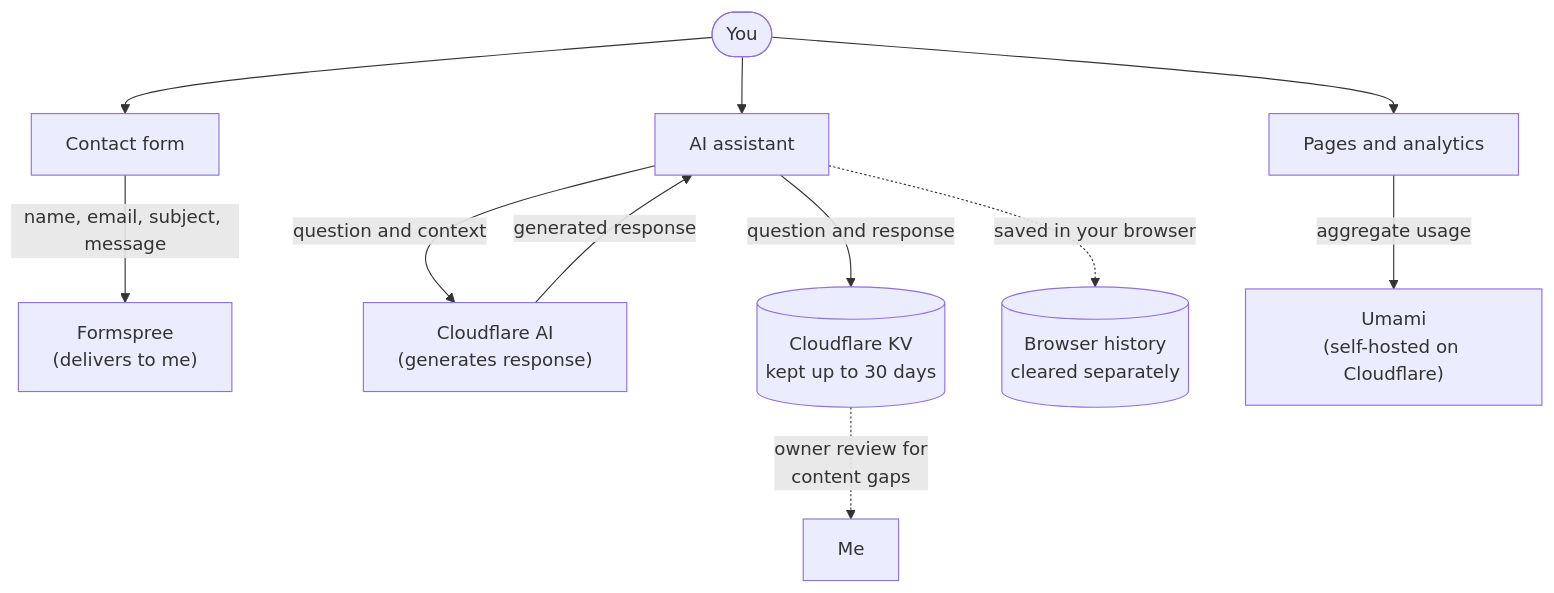
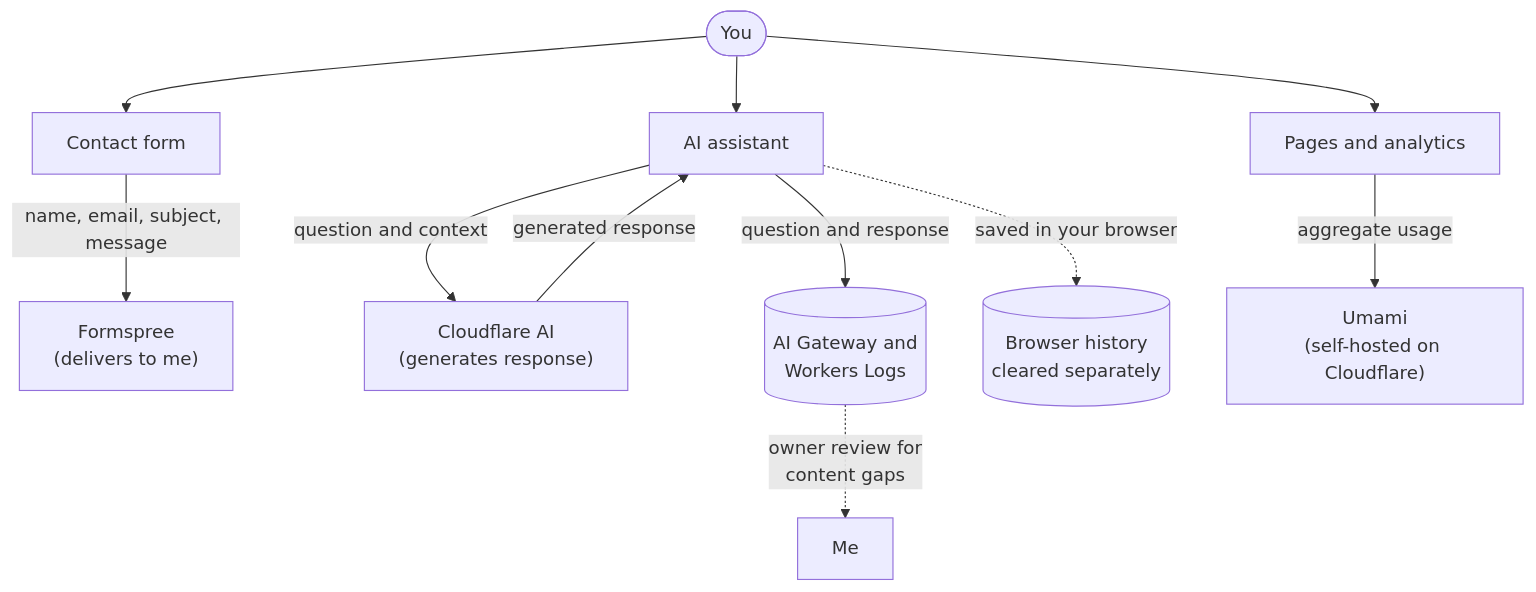
The second of 2 diagrams in content/privacy/_index.md (sgama/sg), drawn with Mermaid before and after one commit. The commit also changed 5 other files, not shown here.

```diff
--- a/content/privacy/_index.md
+++ b/content/privacy/_index.md
@@ -33,13 +33,13 @@
 {{< mermaid >}}
 flowchart TD
     V(["You"]) --> F["Contact form"]
     V --> A["AI assistant"]
     V --> P["Pages and analytics"]
     F -->|"name, email, subject, message"| Formspree["Formspree<br/>(delivers to me)"]
     A -->|"question and context"| CFAI["Cloudflare AI<br/>(generates response)"]
     CFAI -->|"generated response"| A
-    A -->|"question and response"| Chat[("Cloudflare KV<br/>kept up to 30 days")]
+    A -->|"question and response"| Chat[("AI Gateway and<br/>Workers Logs")]
     Chat -.->|"owner review for<br/>content gaps"| Owner["Me"]
     A -.->|"saved in your browser"| Local[("Browser history<br/>cleared separately")]
     P -->|"aggregate usage"| Umami["Umami<br/>(self-hosted on Cloudflare)"]
 {{< /mermaid >}}
```
